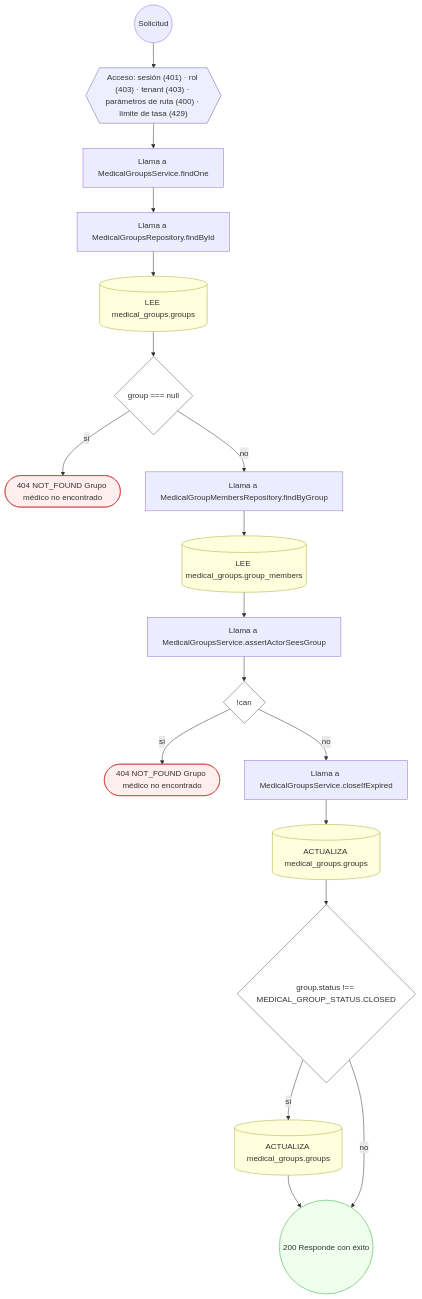
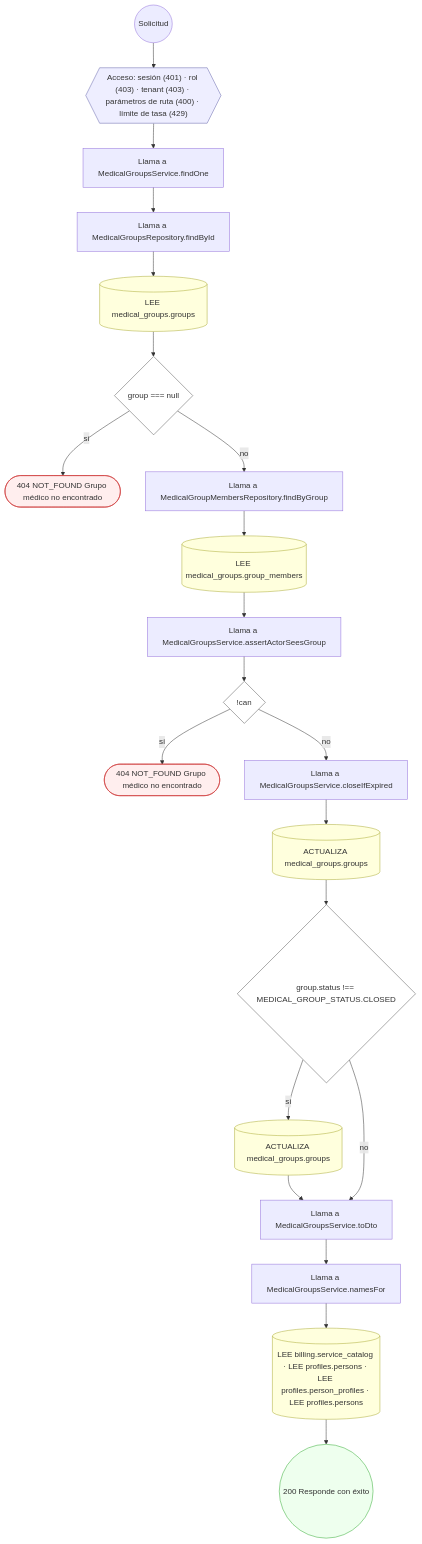
One commit to mdavila-2001/mantra-core-health-api changed the fourth of 10 diagrams in docs/inventario/flujos/medical_groups.md. Above: the diagram before and after it, drawn with Mermaid. The commit also changed other lines of this file and 35 other files, not shown here.

Commit message:
chore(inventario): regenerar el inventario sobre dev (billing, medical_groups y accounting)

````diff
--- a/docs/inventario/flujos/medical_groups.md
+++ b/docs/inventario/flujos/medical_groups.md
@@ -365,43 +401,49 @@
 ```mermaid
 flowchart TD
   n1(("Solicitud")):::inicio
   n2{{"Acceso: sesión (401) · rol (403) · tenant (403) · parámetros de ruta (400) · límite de tasa (429)"}}:::acceso
   n1 --> n2
   n3["Llama a MedicalGroupsService.findOne"]:::llamada
   n2 --> n3
   n4["Llama a MedicalGroupsRepository.findById"]:::llamada
   n3 --> n4
   n5[("LEE medical_groups.groups")]:::efecto
   n4 --> n5
   n6{"group === null"}:::decision
   n5 --> n6
   n7(["404 NOT_FOUND Grupo médico no encontrado"]):::error
   n6 -->|"sí"| n7
   n8["Llama a MedicalGroupMembersRepository.findByGroup"]:::llamada
   n6 -->|"no"| n8
   n9[("LEE medical_groups.group_members")]:::efecto
   n8 --> n9
   n10["Llama a MedicalGroupsService.assertActorSeesGroup"]:::llamada
   n9 --> n10
   n11{"!can"}:::decision
   n10 --> n11
   n12(["404 NOT_FOUND Grupo médico no encontrado"]):::error
   n11 -->|"sí"| n12
   n13["Llama a MedicalGroupsService.closeIfExpired"]:::llamada
   n11 -->|"no"| n13
   n14[("ACTUALIZA medical_groups.groups")]:::efecto
   n13 --> n14
   n15{"group.status !== MEDICAL_GROUP_STATUS.CLOSED"}:::decision
   n14 --> n15
   n16[("ACTUALIZA medical_groups.groups")]:::efecto
   n15 -->|"sí"| n16
-  n17(("200 Responde con éxito")):::ok
+  n17["Llama a MedicalGroupsService.toDto"]:::llamada
   n16 --> n17
   n15 -->|"no"| n17
+  n18["Llama a MedicalGroupsService.namesFor"]:::llamada
+  n17 --> n18
+  n19[("LEE billing.service_catalog · LEE profiles.persons · LEE profiles.person_profiles · LEE profiles.persons")]:::efecto
+  n18 --> n19
+  n20(("200 Responde con éxito")):::ok
+  n19 --> n20
   classDef acceso fill:#eef,stroke:#66a
   classDef error fill:#fee,stroke:#c33
   classDef ok fill:#efe,stroke:#3a3
   classDef efecto fill:#ffd,stroke:#aa3
   classDef decision fill:#fff,stroke:#555
   classDef corte fill:#eee,stroke:#999,stroke-dasharray: 4
 ```
````
